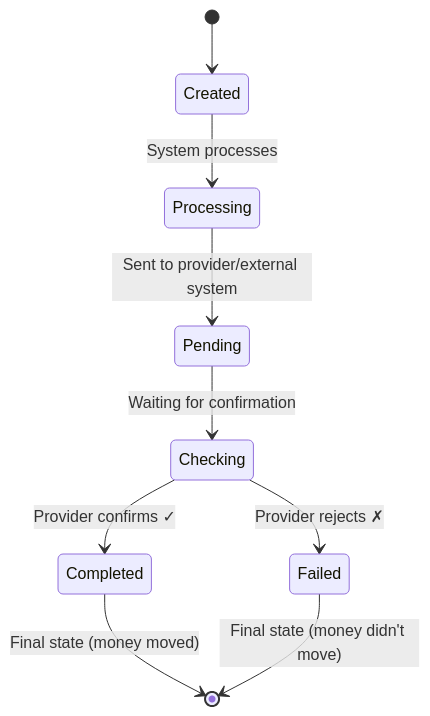
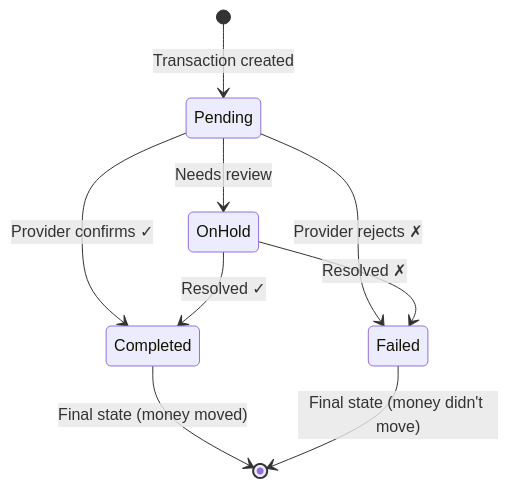
Before and after one commit to interledger/interledger-app: the diagram in documentation/docs/transaction-types-reference.md, drawn with Mermaid. The commit also changed other lines of this file and 6 other files, not shown here.

Commit message:
docs: terminology and flow corrections

````diff
--- a/documentation/docs/transaction-types-reference.md
+++ b/documentation/docs/transaction-types-reference.md
@@ -239,14 +237,14 @@
 ```mermaid
 stateDiagram-v2
-    [*] --> Created
-    Created --> Processing: System processes
+    [*] --> Pending: Transaction created
     
-    Processing --> Pending: Sent to provider/external system
+    Pending --> Completed: Provider confirms ✓
+    Pending --> Failed: Provider rejects ✗
+    Pending --> OnHold: Needs review
     
-    Pending --> Checking: Waiting for confirmation
-    Checking --> Completed: Provider confirms ✓
-    Checking --> Failed: Provider rejects ✗
+    OnHold --> Completed: Resolved ✓
+    OnHold --> Failed: Resolved ✗
     
     Completed --> [*]: Final state (money moved)
     Failed --> [*]: Final state (money didn't move)
 ```
````
